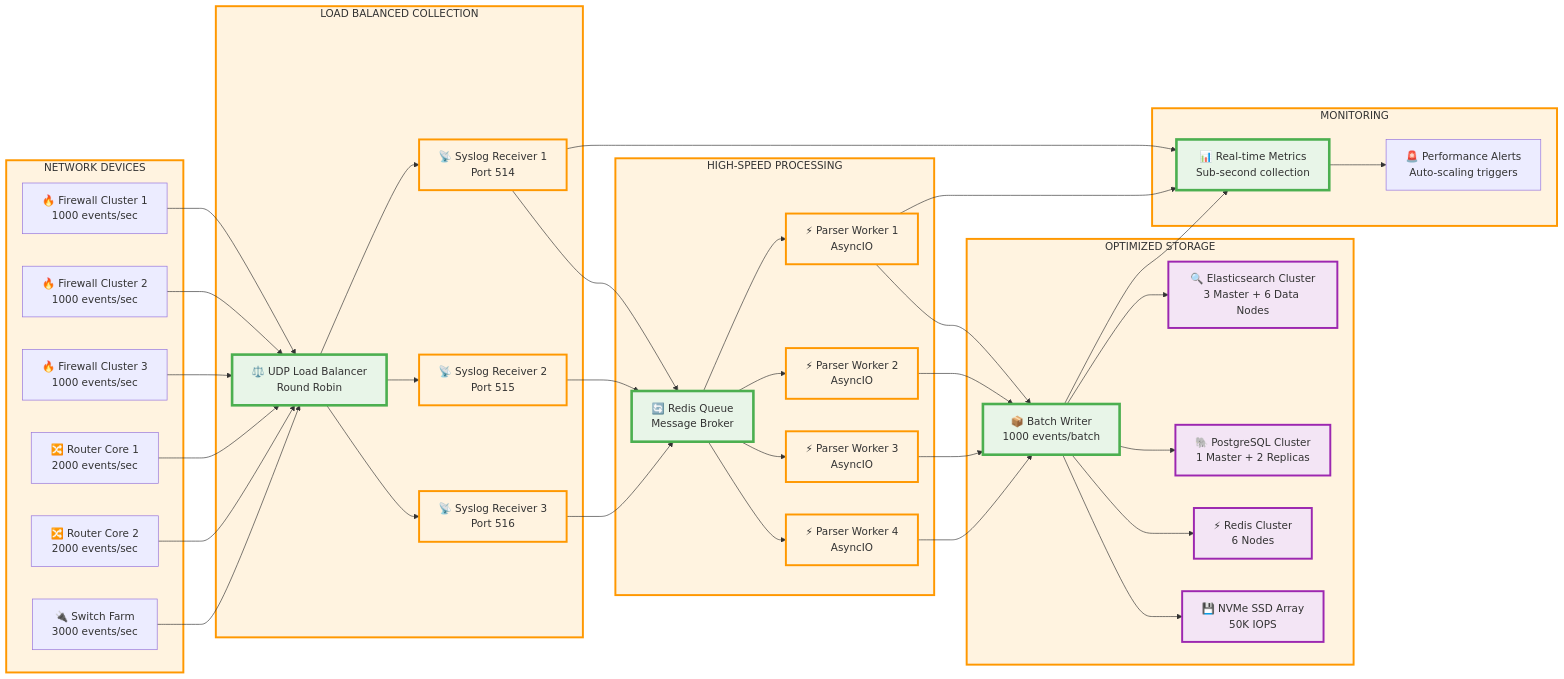
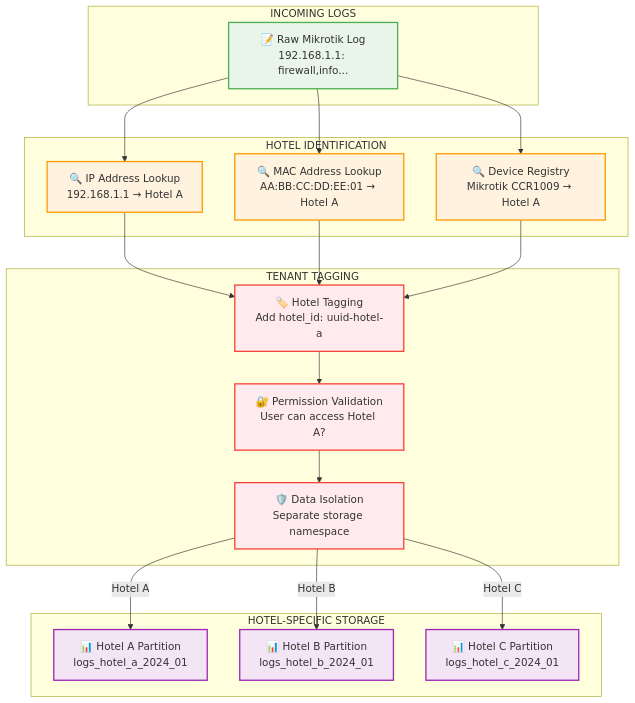
The third of 3 diagrams in docs/architecture/data-flow.md (ozkanguner/logmaster), drawn with Mermaid before and after one commit. The commit also changed other lines of this file and 1 other file, not shown here.

Commit message:
🏨 Update Architecture Diagrams for Hotel Chain Management

````diff
--- a/docs/architecture/data-flow.md
+++ b/docs/architecture/data-flow.md
@@ -506,88 +223,50 @@
 ```mermaid
-graph LR
-    subgraph "NETWORK DEVICES"
-        FW1["🔥 Firewall Cluster 1<br/>1000 events/sec"]
-        FW2["🔥 Firewall Cluster 2<br/>1000 events/sec"]
-        FW3["🔥 Firewall Cluster 3<br/>1000 events/sec"]
-        RTR1["🔀 Router Core 1<br/>2000 events/sec"]
-        RTR2["🔀 Router Core 2<br/>2000 events/sec"]
-        SW_FARM["🔌 Switch Farm<br/>3000 events/sec"]
+graph TB
+    subgraph "INCOMING LOGS"
+        RAW_LOG["📝 Raw Mikrotik Log<br/>192.168.1.1: firewall,info..."]
     end
     
-    subgraph "LOAD BALANCED COLLECTION"
-        LB_UDP["⚖️ UDP Load Balancer<br/>Round Robin"]
-        SYSLOG_1["📡 Syslog Receiver 1<br/>Port 514"]
-        SYSLOG_2["📡 Syslog Receiver 2<br/>Port 515"]
-        SYSLOG_3["📡 Syslog Receiver 3<br/>Port 516"]
+    subgraph "HOTEL IDENTIFICATION"
+        IP_LOOKUP["🔍 IP Address Lookup<br/>192.168.1.1 → Hotel A"]
+        MAC_LOOKUP["🔍 MAC Address Lookup<br/>AA:BB:CC:DD:EE:01 → Hotel A"]
+        DEVICE_LOOKUP["🔍 Device Registry<br/>Mikrotik CCR1009 → Hotel A"]
     end
     
-    subgraph "HIGH-SPEED PROCESSING"
-        QUEUE_IN["🔄 Redis Queue<br/>Message Broker"]
-        PARSER_1["⚡ Parser Worker 1<br/>AsyncIO"]
-        PARSER_2["⚡ Parser Worker 2<br/>AsyncIO"]
-        PARSER_3["⚡ Parser Worker 3<br/>AsyncIO"]
-        PARSER_4["⚡ Parser Worker 4<br/>AsyncIO"]
+    subgraph "TENANT TAGGING"
+        HOTEL_TAG["🏷️ Hotel Tagging<br/>Add hotel_id: uuid-hotel-a"]
+        PERMISSION_CHECK["🔐 Permission Validation<br/>User can access Hotel A?"]
+        DATA_ISOLATION["🛡️ Data Isolation<br/>Separate storage namespace"]
     end
     
-    subgraph "OPTIMIZED STORAGE"
-        BATCH_WRITER["📦 Batch Writer<br/>1000 events/batch"]
-        ES_CLUSTER["🔍 Elasticsearch Cluster<br/>3 Master + 6 Data Nodes"]
-        PG_CLUSTER["🐘 PostgreSQL Cluster<br/>1 Master + 2 Replicas"]
-        REDIS_CACHE["⚡ Redis Cluster<br/>6 Nodes"]
-        NVME_STORAGE["💾 NVMe SSD Array<br/>50K IOPS"]
+    subgraph "HOTEL-SPECIFIC STORAGE"
+        HOTEL_A_PARTITION["📊 Hotel A Partition<br/>logs_hotel_a_2024_01"]
+        HOTEL_B_PARTITION["📊 Hotel B Partition<br/>logs_hotel_b_2024_01"]
+        HOTEL_C_PARTITION["📊 Hotel C Partition<br/>logs_hotel_c_2024_01"]
     end
     
-    subgraph "MONITORING"
-        METRICS["📊 Real-time Metrics<br/>Sub-second collection"]
-        ALERTS["🚨 Performance Alerts<br/>Auto-scaling triggers"]
-    end
+    %% Flow
+    RAW_LOG --> IP_LOOKUP
+    RAW_LOG --> MAC_LOOKUP
+    RAW_LOG --> DEVICE_LOOKUP
     
-    %% Network to Collection
-    FW1 --> LB_UDP
-    FW2 --> LB_UDP
-    FW3 --> LB_UDP
-    RTR1 --> LB_UDP
-    RTR2 --> LB_UDP
-    SW_FARM --> LB_UDP
+    IP_LOOKUP --> HOTEL_TAG
+    MAC_LOOKUP --> HOTEL_TAG
+    DEVICE_LOOKUP --> HOTEL_TAG
     
-    %% Load Balancer Distribution
-    LB_UDP --> SYSLOG_1
-    LB_UDP --> SYSLOG_2
-    LB_UDP --> SYSLOG_3
+    HOTEL_TAG --> PERMISSION_CHECK
+    PERMISSION_CHECK --> DATA_ISOLATION
     
-    %% Collection to Queue
-    SYSLOG_1 --> QUEUE_IN
-    SYSLOG_2 --> QUEUE_IN
-    SYSLOG_3 --> QUEUE_IN
+    DATA_ISOLATION -->|Hotel A| HOTEL_A_PARTITION
+    DATA_ISOLATION -->|Hotel B| HOTEL_B_PARTITION
+    DATA_ISOLATION -->|Hotel C| HOTEL_C_PARTITION
     
-    %% Queue to Processing
-    QUEUE_IN --> PARSER_1
-    QUEUE_IN --> PARSER_2
-    QUEUE_IN --> PARSER_3
-    QUEUE_IN --> PARSER_4
+    classDef input fill:#e8f5e8,stroke:#4caf50,stroke-width:2px
+    classDef identification fill:#fff3e0,stroke:#ff9800,stroke-width:2px
+    classDef security fill:#ffebee,stroke:#f44336,stroke-width:2px
+    classDef storage fill:#f3e5f5,stroke:#9c27b0,stroke-width:2px
     
-    %% Processing to Storage
-    PARSER_1 --> BATCH_WRITER
-    PARSER_2 --> BATCH_WRITER
-    PARSER_3 --> BATCH_WRITER
-    PARSER_4 --> BATCH_WRITER
-    
-    BATCH_WRITER --> ES_CLUSTER
-    BATCH_WRITER --> PG_CLUSTER
-    BATCH_WRITER --> REDIS_CACHE
-    BATCH_WRITER --> NVME_STORAGE
-    
-    %% Monitoring
-    SYSLOG_1 --> METRICS
-    PARSER_1 --> METRICS
-    BATCH_WRITER --> METRICS
-    METRICS --> ALERTS
-    
-    classDef highPerf fill:#e8f5e8,stroke:#4caf50,stroke-width:4px
-    classDef cluster fill:#fff3e0,stroke:#ff9800,stroke-width:3px
-    classDef storage fill:#f3e5f5,stroke:#9c27b0,stroke-width:3px
-    
-    class LB_UDP,QUEUE_IN,BATCH_WRITER,METRICS highPerf
-    class SYSLOG_1,SYSLOG_2,SYSLOG_3,PARSER_1,PARSER_2,PARSER_3,PARSER_4 cluster
-    class ES_CLUSTER,PG_CLUSTER,REDIS_CACHE,NVME_STORAGE storage
+    class RAW_LOG input
+    class IP_LOOKUP,MAC_LOOKUP,DEVICE_LOOKUP identification
+    class HOTEL_TAG,PERMISSION_CHECK,DATA_ISOLATION security
+    class HOTEL_A_PARTITION,HOTEL_B_PARTITION,HOTEL_C_PARTITION storage
 ```
````
